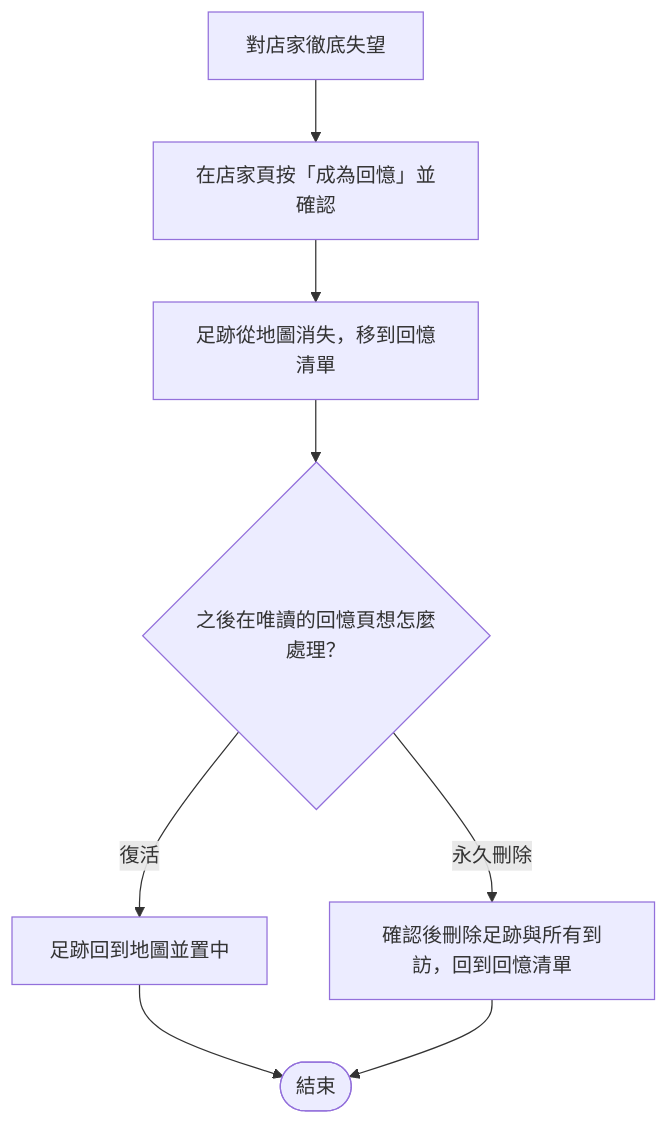
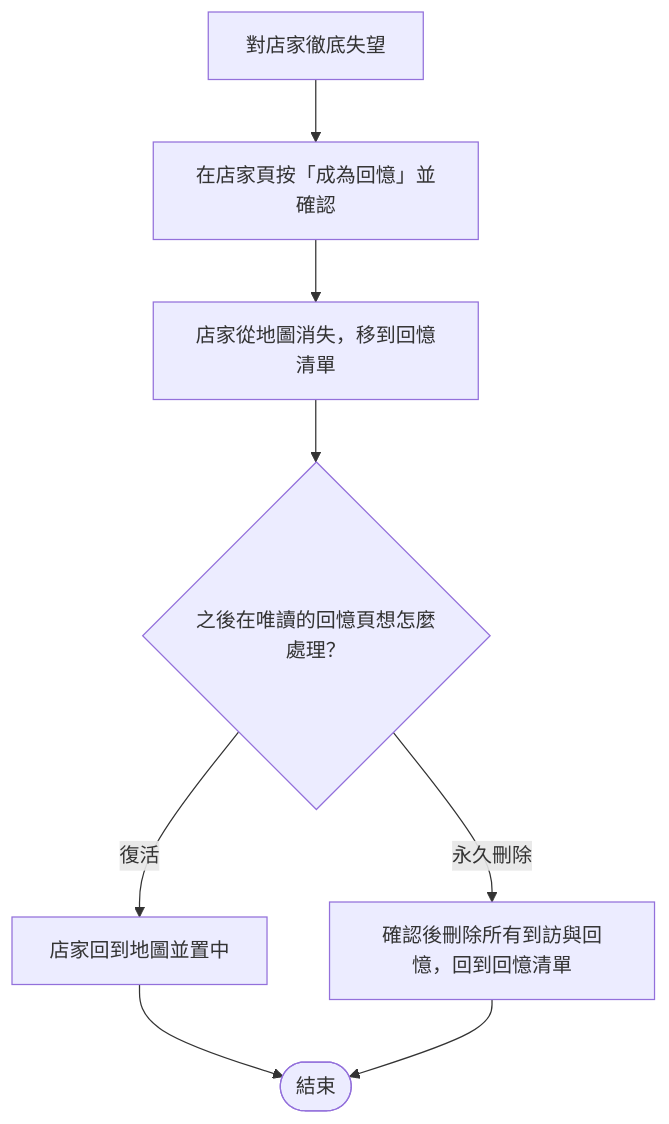
One commit to TooruTW/anaba changed the fifth of 5 diagrams in DOC/user_stories/mvp-user-scenarios.md. Above: the diagram before and after it, drawn with Mermaid. The commit also changed other lines of this file and 6 other files, not shown here.

````diff
--- a/DOC/user_stories/mvp-user-scenarios.md
+++ b/DOC/user_stories/mvp-user-scenarios.md
@@ -69,10 +69,10 @@
 ```mermaid
 flowchart TD
     A[對店家徹底失望] --> B[在店家頁按「成為回憶」並確認]
-    B --> C[足跡從地圖消失，移到回憶清單]
+    B --> C[店家從地圖消失，移到回憶清單]
     C --> D{之後在唯讀的回憶頁想怎麼處理？}
-    D -- 復活 --> E[足跡回到地圖並置中]
-    D -- 永久刪除 --> F[確認後刪除足跡與所有到訪，回到回憶清單]
+    D -- 復活 --> E[店家回到地圖並置中]
+    D -- 永久刪除 --> F[確認後刪除所有到訪與回憶，回到回憶清單]
     E --> G([結束])
     F --> G
 ```
````
